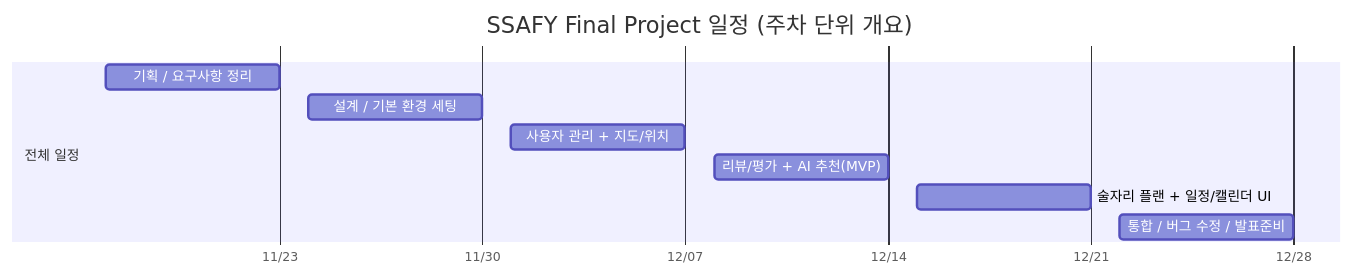
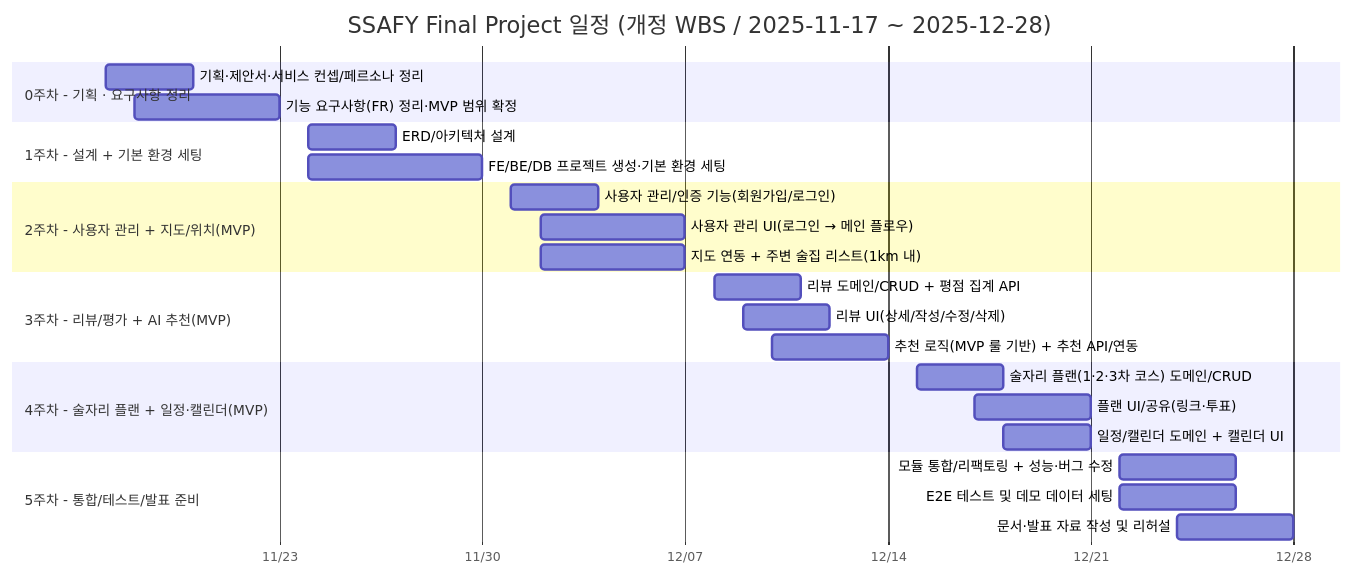
One commit to thsdmfwns/ssafy_final_passproject_planning changed the diagram in docs/WBS/WBS.md. Above: the diagram before and after it, drawn with Mermaid. The commit also changed other lines of this file and 1 other file, not shown here.

Commit message:
refactor wbs

````diff
--- a/docs/WBS/WBS.md
+++ b/docs/WBS/WBS.md
@@ -1,15 +1,34 @@
 ```mermaid
 gantt
-    title SSAFY Final Project 일정 (주차 단위 개요)
+    title SSAFY Final Project 일정 (개정 WBS / 2025-11-17 ~ 2025-12-28)
     dateFormat  YYYY-MM-DD
     axisFormat  %m/%d
 
-    section 전체 일정
-    기획 / 요구사항 정리          :2025-11-17, 2025-11-23
-    설계 / 기본 환경 세팅        :2025-11-24, 2025-11-30
-    사용자 관리 + 지도/위치      :2025-12-01, 2025-12-07
-    리뷰/평가 + AI 추천(MVP)    :2025-12-08, 2025-12-14
-    술자리 플랜 + 일정/캘린더 UI :2025-12-15, 2025-12-21
-    통합 / 버그 수정 / 발표준비  :2025-12-22, 2025-12-28
+    section 0주차 - 기획 · 요구사항 정리
+    기획·제안서·서비스 컨셉/페르소나 정리      :2025-11-17, 2025-11-20
+    기능 요구사항(FR) 정리·MVP 범위 확정       :2025-11-18, 2025-11-23
 
+    section 1주차 - 설계 + 기본 환경 세팅
+    ERD/아키텍처 설계                          :2025-11-24, 2025-11-27
+    FE/BE/DB 프로젝트 생성·기본 환경 세팅      :2025-11-24, 2025-11-30
+
+    section 2주차 - 사용자 관리 + 지도/위치(MVP)
+    사용자 관리/인증 기능(회원가입/로그인)     :2025-12-01, 2025-12-04
+    사용자 관리 UI(로그인 → 메인 플로우)       :2025-12-02, 2025-12-07
+    지도 연동 + 주변 술집 리스트(1km 내)       :2025-12-02, 2025-12-07
+
+    section 3주차 - 리뷰/평가 + AI 추천(MVP)
+    리뷰 도메인/CRUD + 평점 집계 API           :2025-12-08, 2025-12-11
+    리뷰 UI(상세/작성/수정/삭제)               :2025-12-09, 2025-12-12
+    추천 로직(MVP 룰 기반) + 추천 API/연동     :2025-12-10, 2025-12-14
+
+    section 4주차 - 술자리 플랜 + 일정·캘린더(MVP)
+    술자리 플랜(1·2·3차 코스) 도메인/CRUD      :2025-12-15, 2025-12-18
+    플랜 UI/공유(링크·투표)                    :2025-12-17, 2025-12-21
+    일정/캘린더 도메인 + 캘린더 UI             :2025-12-18, 2025-12-21
+
+    section 5주차 - 통합/테스트/발표 준비
+    모듈 통합/리팩토링 + 성능·버그 수정        :2025-12-22, 2025-12-26
+    E2E 테스트 및 데모 데이터 세팅             :2025-12-22, 2025-12-26
+    문서·발표 자료 작성 및 리허설              :2025-12-24, 2025-12-28
 ```
````
